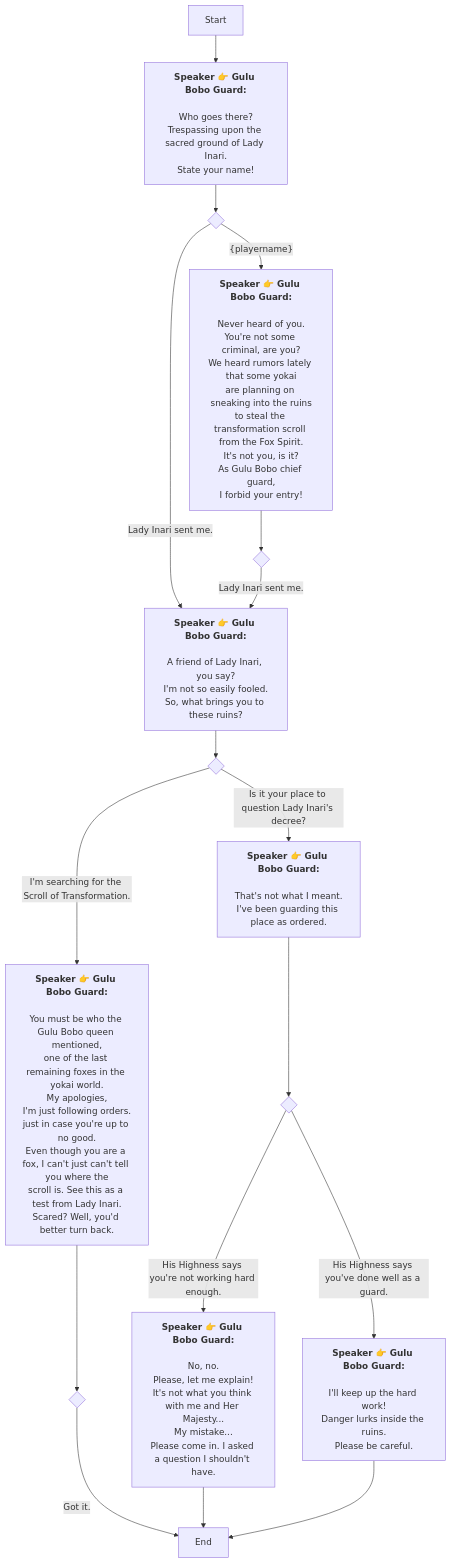
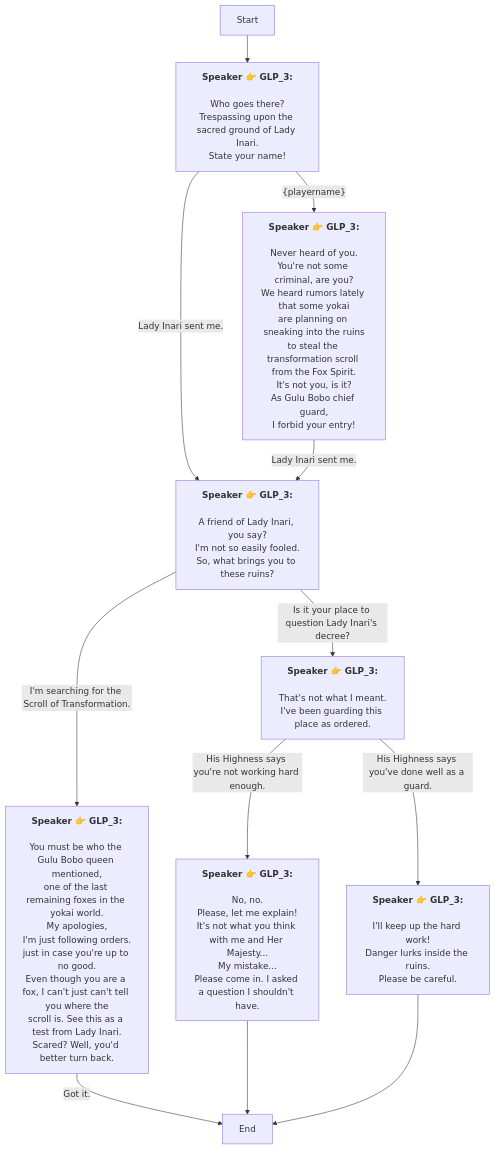
One commit to SoftHu/tos_avg changed the diagram in En/4_4_3_chat.md. Above: the diagram before and after it, drawn with Mermaid. The commit also changed 737 other files, not shown here.

````diff
--- a/En/4_4_3_chat.md
+++ b/En/4_4_3_chat.md
@@ -1,63 +1,43 @@
 ```mermaid
 graph
-Start -->1750848156954962[<b>Speaker 👉 Gulu Bobo Guard:</b>
-
-Who goes there?
+Start -->1750848156954962[<b>Speaker 👉 GLP_3:</b>
+\nWho goes there?
 Trespassing upon the sacred ground of Lady Inari.
 State your name!]
-1750848156954962 -->1750853024405010{ }
-1750853024405010 -->|Lady Inari sent me.|1750853271600663[<b>Speaker 👉 Gulu Bobo Guard:</b>
-
-A friend of Lady Inari, you say?
-I'm not so easily fooled.
-So, what brings you to these ruins?]
-1750853024405010 -->|&lbrace;playername&rbrace;|1750853393863193[<b>Speaker 👉 Gulu Bobo Guard:</b>
-
-Never heard of you.
-You're not some criminal, are you?
-We heard rumors lately that some yokai
+1750848156954962 -->|Lady Inari sent me.|1750853271600663[<b>Speaker 👉 GLP_3:</b>
+\nA friend of Lady Inari, you say?
+I'm not so easily fooled.\nSo, what brings you to these ruins?]
+1750848156954962 -->|&lbrace;playername&rbrace;|1750853393863193[<b>Speaker 👉 GLP_3:</b>
+\nNever heard of you.
+You're not some criminal, are you?\nWe heard rumors lately that some yokai
 are planning on sneaking into the ruins
-to steal the transformation scroll from the Fox Spirit.
-It's not you, is it?
+to steal the transformation scroll from the Fox Spirit.\nIt's not you, is it?
 As Gulu Bobo chief guard,
 I forbid your entry!]
-1750853271600663 -->1750854039095837{ }
-1750854039095837 -->|I'm searching for the Scroll of Transformation.|1750854219493922[<b>Speaker 👉 Gulu Bobo Guard:</b>
-
-You must be who the Gulu Bobo queen mentioned,
-one of the last remaining foxes in the yokai world.
-My apologies,
+1750853271600663 -->|I'm searching for the Scroll of Transformation.|1750854219493922[<b>Speaker 👉 GLP_3:</b>
+\nYou must be who the Gulu Bobo queen mentioned,
+one of the last remaining foxes in the yokai world.\nMy apologies,
 I'm just following orders.
-just in case you're up to no good.
-Even though you are a fox, I can't just can't tell you where the
+just in case you're up to no good.\nEven though you are a fox, I can't just can't tell you where the
 scroll is. See this as a test from Lady Inari.
 Scared? Well, you'd better turn back.]
-1750854039095837 -->|Is it your place to question Lady Inari's decree?|1750854225186339[<b>Speaker 👉 Gulu Bobo Guard:</b>
-
-That's not what I meant.
+1750853271600663 -->|Is it your place to question Lady Inari's decree?|1750854225186339[<b>Speaker 👉 GLP_3:</b>
+\nThat's not what I meant.
 I've been guarding this place as ordered.]
-1750854219493922 -->1750853389547032{ }
-1750853389547032 -->|Got it.|1750848158538067[End]
-1750854225186339 -->1750854290517540{ }
-1750854290517540 -->|His Highness says you're not working hard enough.|1750854340736553[<b>Speaker 👉 Gulu Bobo Guard:</b>
-
-No, no.
+1750854219493922 -->|Got it.|1750848158538067[End]
+1750854225186339 -->|His Highness says you're not working hard enough.|1750854340736553[<b>Speaker 👉 GLP_3:</b>
+\nNo, no.
 Please, let me explain!
-It's not what you think with me and Her Majesty...
-My mistake...
+It's not what you think with me and Her Majesty...\nMy mistake...
 Please come in. I asked a question I shouldn't have.]
-1750854290517540 -->|His Highness says you've done well as a guard.|1750854417801770[<b>Speaker 👉 Gulu Bobo Guard:</b>
-
-I'll keep up the hard work!
+1750854225186339 -->|His Highness says you've done well as a guard.|1750854417801770[<b>Speaker 👉 GLP_3:</b>
+\nI'll keep up the hard work!
 Danger lurks inside the ruins.
 Please be careful.]
 1750854340736553 -->1750848158538067[End]
 1750854417801770 -->1750848158538067[End]
-1750853393863193 -->1750853997360666{ }
-1750853997360666 -->|Lady Inari sent me.|1750853271600663[<b>Speaker 👉 Gulu Bobo Guard:</b>
+1750853393863193 -->|Lady Inari sent me.|1750853271600663[<b>Speaker 👉 GLP_3:</b>
+\nA friend of Lady Inari, you say?
+I'm not so easily fooled.\nSo, what brings you to these ruins?]
 
-A friend of Lady Inari, you say?
-I'm not so easily fooled.
-So, what brings you to these ruins?]
-
- ```
+```
````
